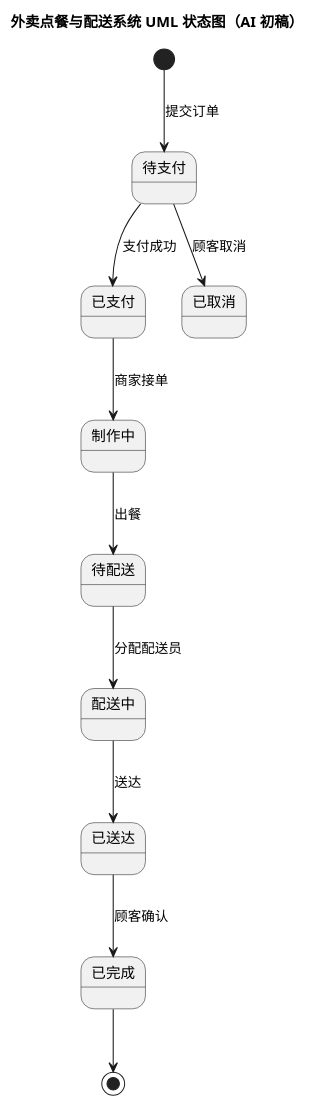
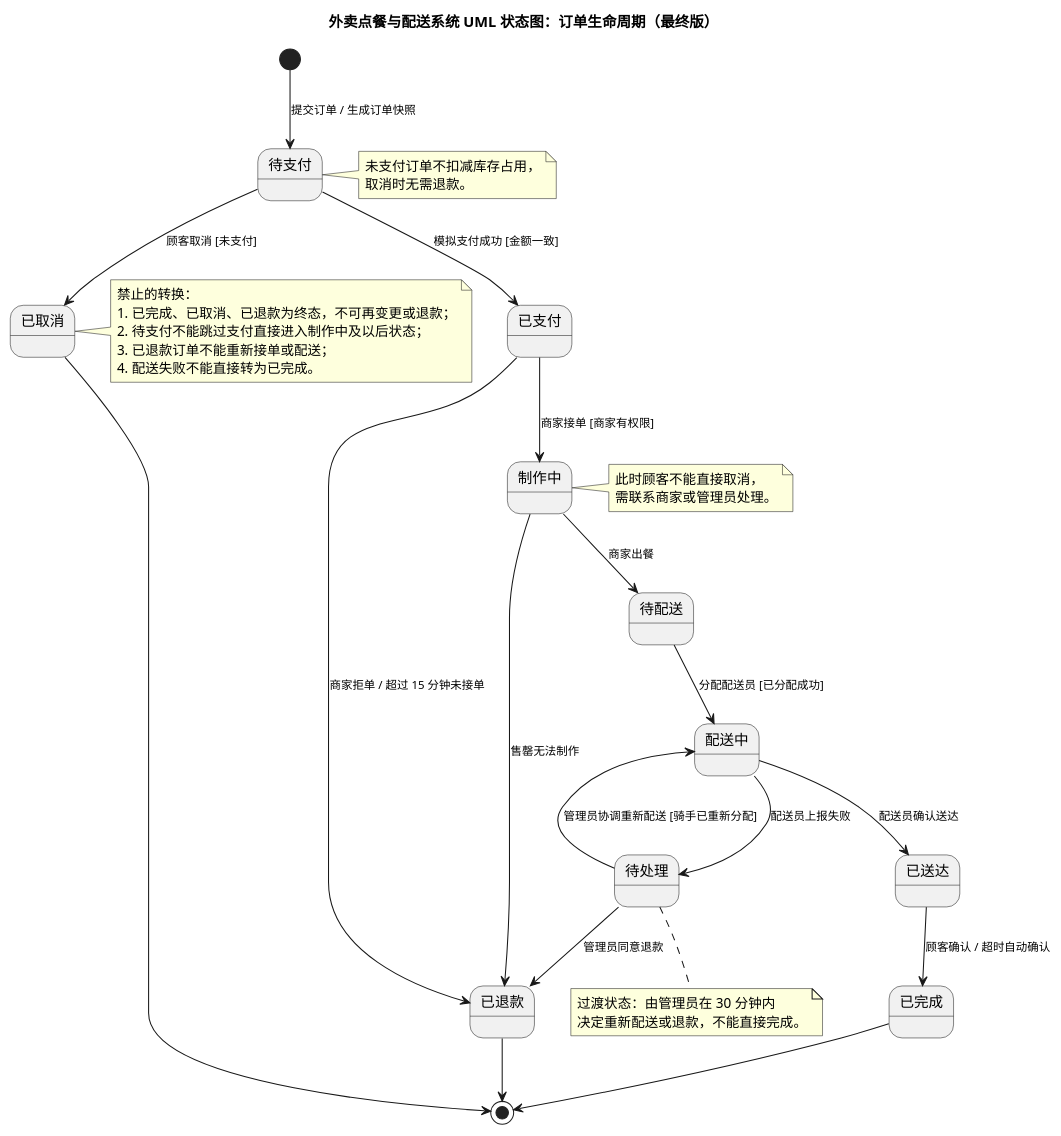
The diagram in 实验2/UML/UML状态图.puml (JZCTX/SEpa2026), drawn with PlantUML before and after one commit. The commit also changed 26 other files, not shown here.

Commit message:
lab2: 人工审查与修改（补全类图/状态机/异常时序，完成 8 个 UI 与 AI 使用记录）

```diff
--- a/实验2/UML/UML状态图.puml
+++ b/实验2/UML/UML状态图.puml
@@ -1,18 +1,49 @@
 @startuml
 skinparam defaultFontName "Microsoft YaHei"
 skinparam backgroundColor #FFFFFF
 skinparam shadowing false
+skinparam stateFontSize 14
+skinparam ArrowFontSize 11
 
-title 外卖点餐与配送系统 UML 状态图（AI 初稿）
+title 外卖点餐与配送系统 UML 状态图：订单生命周期（最终版）
 
-[*] --> 待支付 : 提交订单
-待支付 --> 已支付 : 支付成功
-待支付 --> 已取消 : 顾客取消
-已支付 --> 制作中 : 商家接单
-制作中 --> 待配送 : 出餐
-待配送 --> 配送中 : 分配配送员
-配送中 --> 已送达 : 送达
-已送达 --> 已完成 : 顾客确认
+[*] --> 待支付 : 提交订单 / 生成订单快照
+待支付 --> 已支付 : 模拟支付成功 [金额一致]
+待支付 --> 已取消 : 顾客取消 [未支付]
+已支付 --> 制作中 : 商家接单 [商家有权限]
+已支付 --> 已退款 : 商家拒单 / 超过 15 分钟未接单
+制作中 --> 待配送 : 商家出餐
+制作中 --> 已退款 : 售罄无法制作
+待配送 --> 配送中 : 分配配送员 [已分配成功]
+配送中 --> 已送达 : 配送员确认送达
+配送中 --> 待处理 : 配送员上报失败
+待处理 --> 配送中 : 管理员协调重新配送 [骑手已重新分配]
+待处理 --> 已退款 : 管理员同意退款
+已送达 --> 已完成 : 顾客确认 / 超时自动确认
 已完成 --> [*]
+已取消 --> [*]
+已退款 --> [*]
 
+note right of 待支付
+  未支付订单不扣减库存占用，
+  取消时无需退款。
+end note
+
+note right of 制作中
+  此时顾客不能直接取消，
+  需联系商家或管理员处理。
+end note
+
+note bottom of 待处理
+  过渡状态：由管理员在 30 分钟内
+  决定重新配送或退款，不能直接完成。
+end note
+
+note right of 已取消
+  禁止的转换：
+  1. 已完成、已取消、已退款为终态，不可再变更或退款；
+  2. 待支付不能跳过支付直接进入制作中及以后状态；
+  3. 已退款订单不能重新接单或配送；
+  4. 配送失败不能直接转为已完成。
+end note
 @enduml
```
